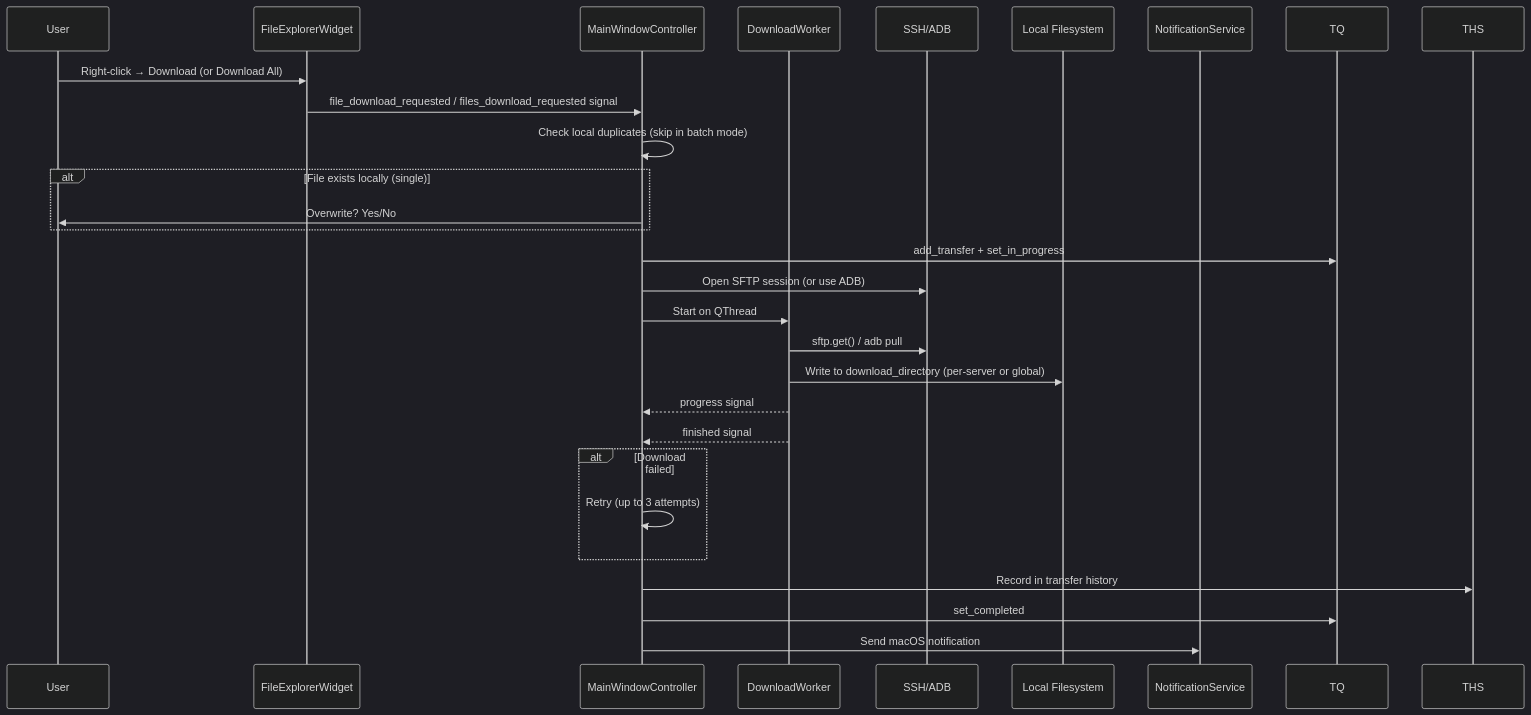
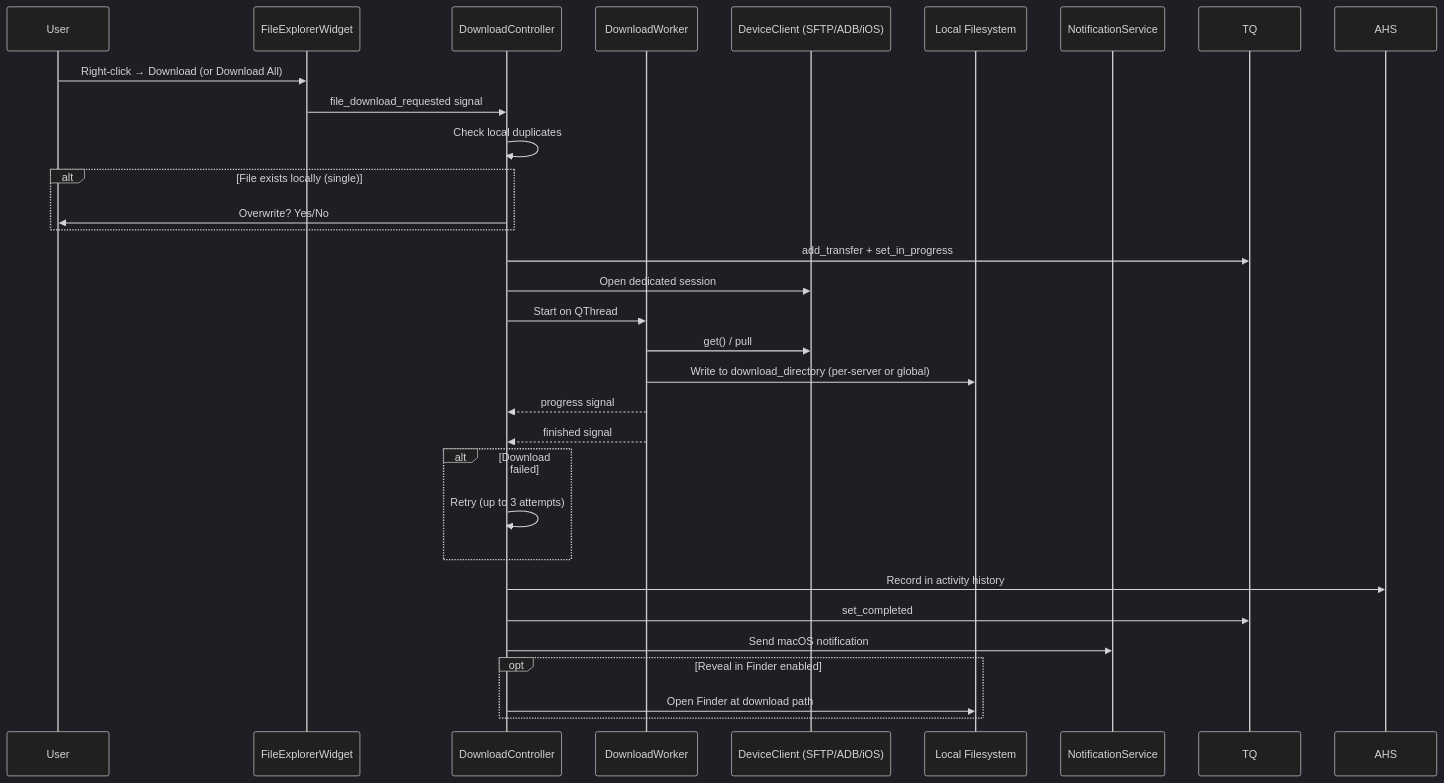
The third of 7 diagrams in docs/SYSTEM_DIAGRAM.md (imlocle/filesling), drawn with Mermaid (dark theme) before and after one commit. The commit also changed other lines of this file and 11 other files, not shown here.

````diff
--- a/docs/SYSTEM_DIAGRAM.md
+++ b/docs/SYSTEM_DIAGRAM.md
@@ -112,30 +166,33 @@
 ```mermaid
 sequenceDiagram
     participant User
     participant Explorer as FileExplorerWidget
-    participant MWC as MainWindowController
+    participant DC as DownloadController
     participant DW as DownloadWorker
-    participant Remote as SSH/ADB
+    participant Client as DeviceClient (SFTP/ADB/iOS)
     participant Local as Local Filesystem
     participant NS as NotificationService
 
     User->>Explorer: Right-click → Download (or Download All)
-    Explorer->>MWC: file_download_requested / files_download_requested signal
-    MWC->>MWC: Check local duplicates (skip in batch mode)
+    Explorer->>DC: file_download_requested signal
+    DC->>DC: Check local duplicates
     alt File exists locally (single)
-        MWC->>User: Overwrite? Yes/No
+        DC->>User: Overwrite? Yes/No
     end
-    MWC->>TQ: add_transfer + set_in_progress
-    MWC->>Remote: Open SFTP session (or use ADB)
-    MWC->>DW: Start on QThread
-    DW->>Remote: sftp.get() / adb pull
+    DC->>TQ: add_transfer + set_in_progress
+    DC->>Client: Open dedicated session
+    DC->>DW: Start on QThread
+    DW->>Client: get() / pull
     DW->>Local: Write to download_directory (per-server or global)
-    DW-->>MWC: progress signal
-    DW-->>MWC: finished signal
+    DW-->>DC: progress signal
+    DW-->>DC: finished signal
     alt Download failed
-        MWC->>MWC: Retry (up to 3 attempts)
+        DC->>DC: Retry (up to 3 attempts)
     end
-    MWC->>THS: Record in transfer history
-    MWC->>TQ: set_completed
-    MWC->>NS: Send macOS notification
+    DC->>AHS: Record in activity history
+    DC->>TQ: set_completed
+    DC->>NS: Send macOS notification
+    opt Reveal in Finder enabled
+        DC->>Local: Open Finder at download path
+    end
 ```
````
